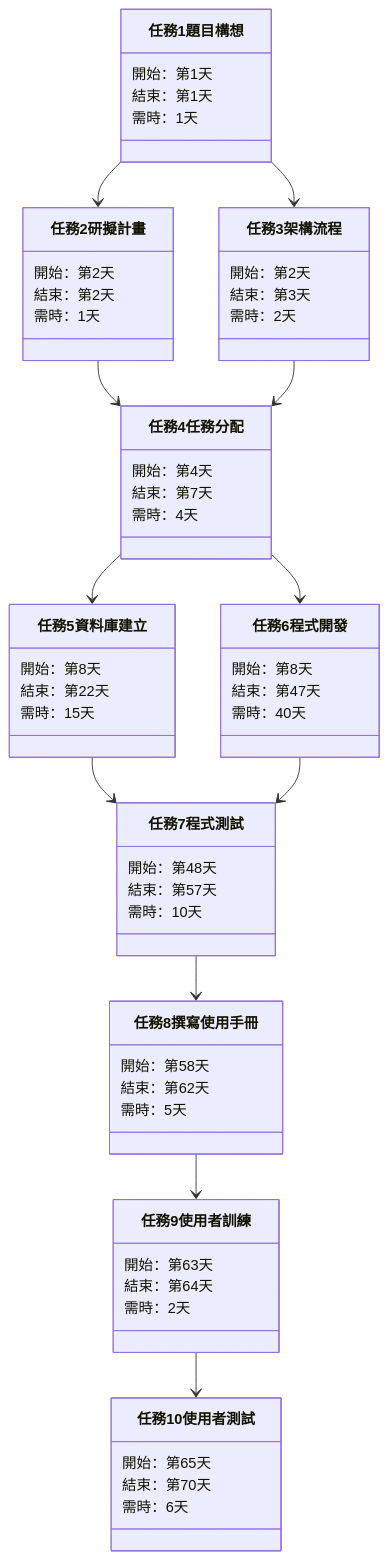
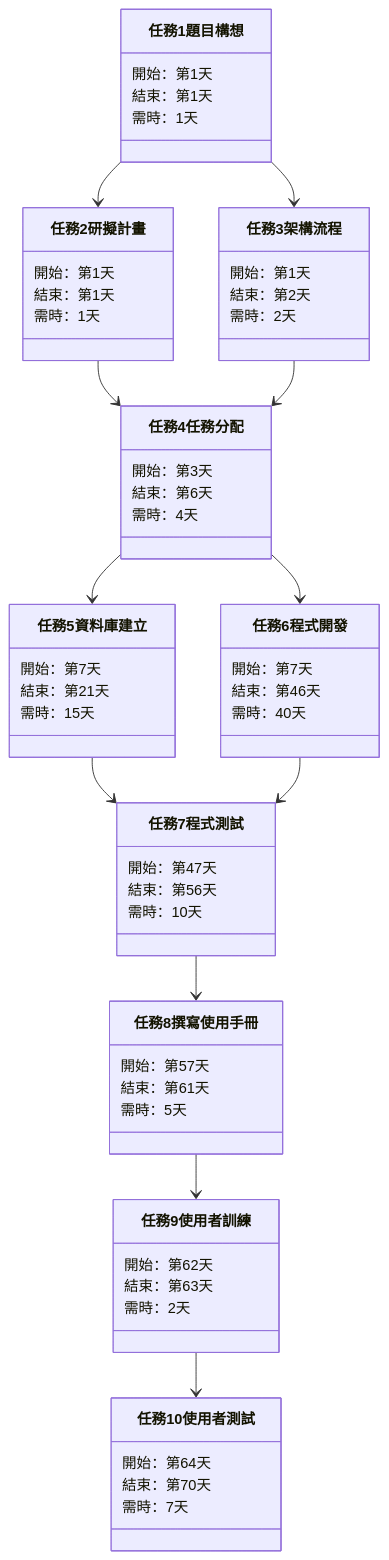
Before and after one commit to Forever-Hate/no15: the second of 2 diagrams in README.md, drawn with Mermaid. The commit also changed other lines of this file, not shown here.

````diff
--- a/README.md
+++ b/README.md
@@ -57,61 +48,61 @@
 ```mermaid
 classDiagram
 
 任務1 題目構想 --> 任務2 研擬計畫
 任務1 題目構想 --> 任務3 架構流程
 
 任務2 研擬計畫 --> 任務4 任務分配
 任務3 架構流程 --> 任務4 任務分配
 
 任務4 任務分配 --> 任務5 資料庫建立
 任務4 任務分配 --> 任務6 程式開發
 
 任務5 資料庫建立 --> 任務7 程式測試
 任務6 程式開發 --> 任務7 程式測試
 
 任務7 程式測試 --> 任務8 撰寫使用手冊
 
 任務8 撰寫使用手冊 --> 任務9 使用者訓練
 
 任務9 使用者訓練 --> 任務10 使用者測試
 
 任務1 題目構想 : 開始：第1天
 任務1 題目構想 : 結束：第1天
 任務1 題目構想 : 需時：1天
 
-任務2 研擬計畫 : 開始：第2天
-任務2 研擬計畫 : 結束：第2天
+任務2 研擬計畫 : 開始：第1天
+任務2 研擬計畫 : 結束：第1天
 任務2 研擬計畫 : 需時：1天
 
-任務3 架構流程 : 開始：第2天
-任務3 架構流程 : 結束：第3天
+任務3 架構流程 : 開始：第1天
+任務3 架構流程 : 結束：第2天
 任務3 架構流程 : 需時：2天
 
-任務4 任務分配 : 開始：第4天
-任務4 任務分配 : 結束：第7天
+任務4 任務分配 : 開始：第3天
+任務4 任務分配 : 結束：第6天
 任務4 任務分配 : 需時：4天
 
-任務5 資料庫建立 : 開始：第8天
-任務5 資料庫建立 : 結束：第22天
+任務5 資料庫建立 : 開始：第7天
+任務5 資料庫建立 : 結束：第21天
 任務5 資料庫建立 : 需時：15天
 
-任務6 程式開發 : 開始：第8天
-任務6 程式開發 : 結束：第47天
+任務6 程式開發 : 開始：第7天
+任務6 程式開發 : 結束：第46天
 任務6 程式開發 : 需時：40天
 
-任務7 程式測試 : 開始：第48天
-任務7 程式測試 : 結束：第57天
+任務7 程式測試 : 開始：第47天
+任務7 程式測試 : 結束：第56天
 任務7 程式測試 : 需時：10天
 
-任務8 撰寫使用手冊 : 開始：第58天
-任務8 撰寫使用手冊 : 結束：第62天
+任務8 撰寫使用手冊 : 開始：第57天
+任務8 撰寫使用手冊 : 結束：第61天
 任務8 撰寫使用手冊 : 需時：5天
 
-任務9 使用者訓練 : 開始：第63天
-任務9 使用者訓練 : 結束：第64天
+任務9 使用者訓練 : 開始：第62天
+任務9 使用者訓練 : 結束：第63天
 任務9 使用者訓練 : 需時：2天
 
-任務10 使用者測試 : 開始：第65天
+任務10 使用者測試 : 開始：第64天
 任務10 使用者測試 : 結束：第70天
-任務10 使用者測試 : 需時：6天
+任務10 使用者測試 : 需時：7天
 ```
````
